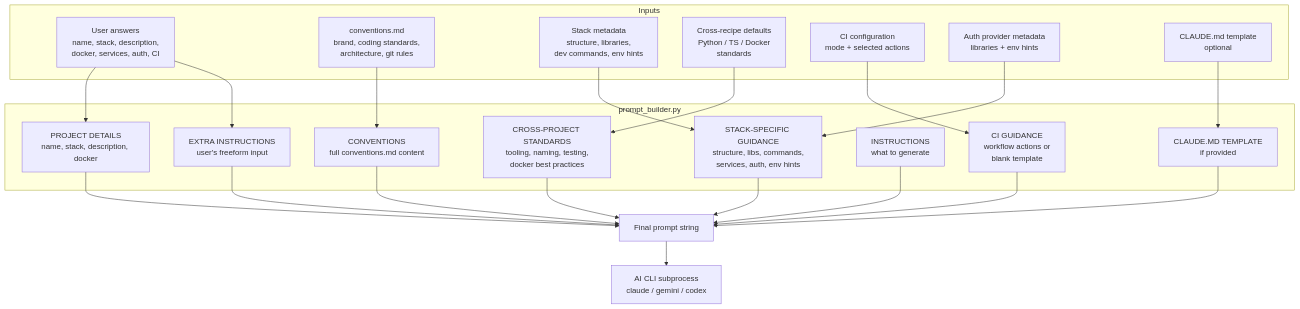
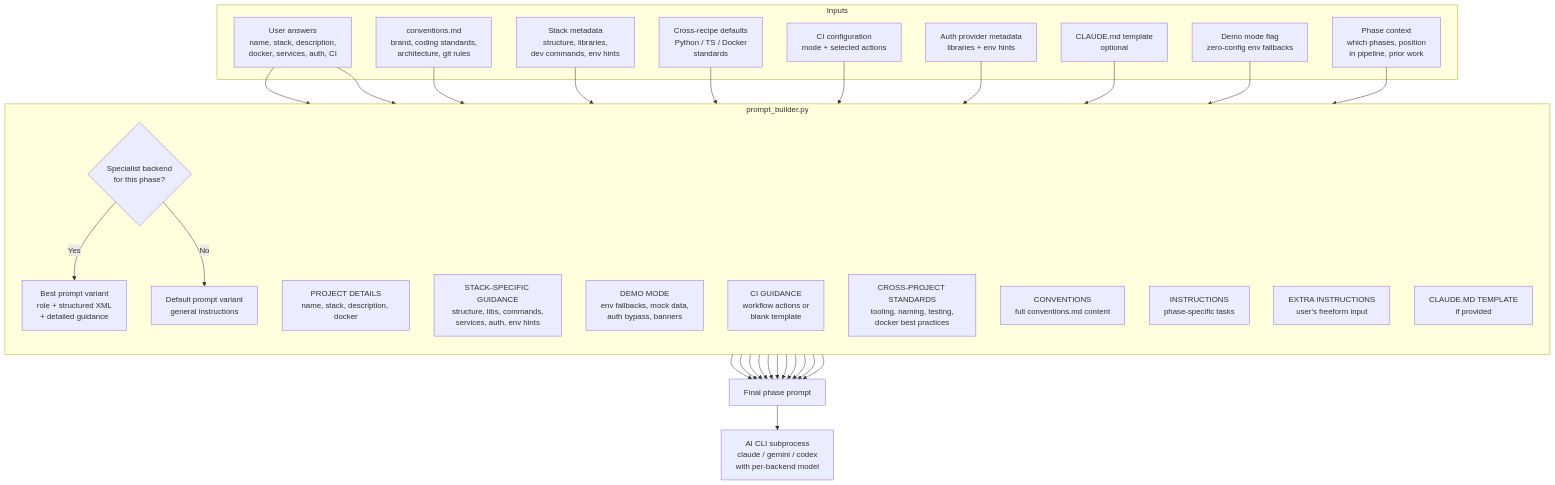
Before and after one commit to matthewubundi/UbundiForge: the third of 4 diagrams in docs/diagrams/forge-flow.md, drawn with Mermaid. The commit also changed other lines of this file and 4 other files, not shown here.

First line of the commit message:
Update flow diagrams and fix keyword routing false positives

````diff
--- a/docs/diagrams/forge-flow.md
+++ b/docs/diagrams/forge-flow.md
@@ -149,43 +185,58 @@
 ```mermaid
 flowchart TD
     subgraph Inputs
         Answers[User answers<br/>name, stack, description,<br/>docker, services, auth, CI]
         ConvFile[conventions.md<br/>brand, coding standards,<br/>architecture, git rules]
         StackMeta[Stack metadata<br/>structure, libraries,<br/>dev commands, env hints]
         CrossDefaults[Cross-recipe defaults<br/>Python / TS / Docker<br/>standards]
         CIConfig[CI configuration<br/>mode + selected actions]
         AuthMeta[Auth provider metadata<br/>libraries + env hints]
         ClaudeMD[CLAUDE.md template<br/>optional]
+        DemoFlag[Demo mode flag<br/>zero-config env fallbacks]
+        PhaseCtx[Phase context<br/>which phases, position<br/>in pipeline, prior work]
     end
 
     subgraph Assembly["prompt_builder.py"]
+        direction TB
+        Variant{Specialist backend<br/>for this phase?}
+        BestPrompt[Best prompt variant<br/>role + structured XML<br/>+ detailed guidance]
+        DefaultPrompt[Default prompt variant<br/>general instructions]
+        Variant -- Yes --> BestPrompt
+        Variant -- No --> DefaultPrompt
+
         Header[PROJECT DETAILS<br/>name, stack, description, docker]
         StackSection[STACK-SPECIFIC GUIDANCE<br/>structure, libs, commands,<br/>services, auth, env hints]
+        DemoSection[DEMO MODE<br/>env fallbacks, mock data,<br/>auth bypass, banners]
         CISection[CI GUIDANCE<br/>workflow actions or<br/>blank template]
         CrossSection[CROSS-PROJECT STANDARDS<br/>tooling, naming, testing,<br/>docker best practices]
         ConvSection[CONVENTIONS<br/>full conventions.md content]
-        Instructions[INSTRUCTIONS<br/>what to generate]
+        Instructions[INSTRUCTIONS<br/>phase-specific tasks]
         ExtraSection[EXTRA INSTRUCTIONS<br/>user's freeform input]
         TemplateSection[CLAUDE.MD TEMPLATE<br/>if provided]
     end
 
     Answers --> Header
     StackMeta --> StackSection
     AuthMeta --> StackSection
+    DemoFlag --> DemoSection
     CIConfig --> CISection
     CrossDefaults --> CrossSection
     ConvFile --> ConvSection
+    PhaseCtx --> Instructions
     Answers --> ExtraSection
     ClaudeMD --> TemplateSection
 
+    BestPrompt --> Prompt
+    DefaultPrompt --> Prompt
     Header --> Prompt
     StackSection --> Prompt
+    DemoSection --> Prompt
     CISection --> Prompt
     CrossSection --> Prompt
     ConvSection --> Prompt
     Instructions --> Prompt
     ExtraSection --> Prompt
     TemplateSection --> Prompt
 
-    Prompt[Final prompt string] --> AICLI[AI CLI subprocess<br/>claude / gemini / codex]
+    Prompt[Final phase prompt] --> AICLI[AI CLI subprocess<br/>claude / gemini / codex<br/>with per-backend model]
 ```
````
